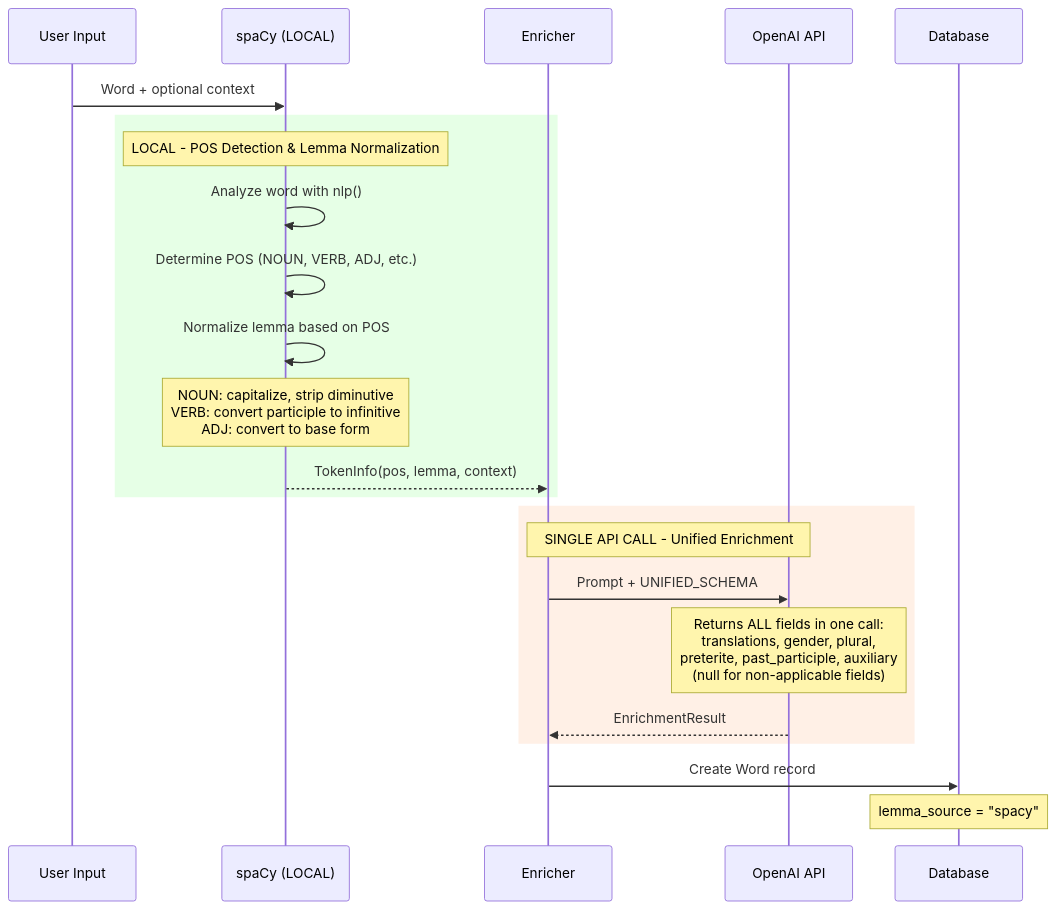
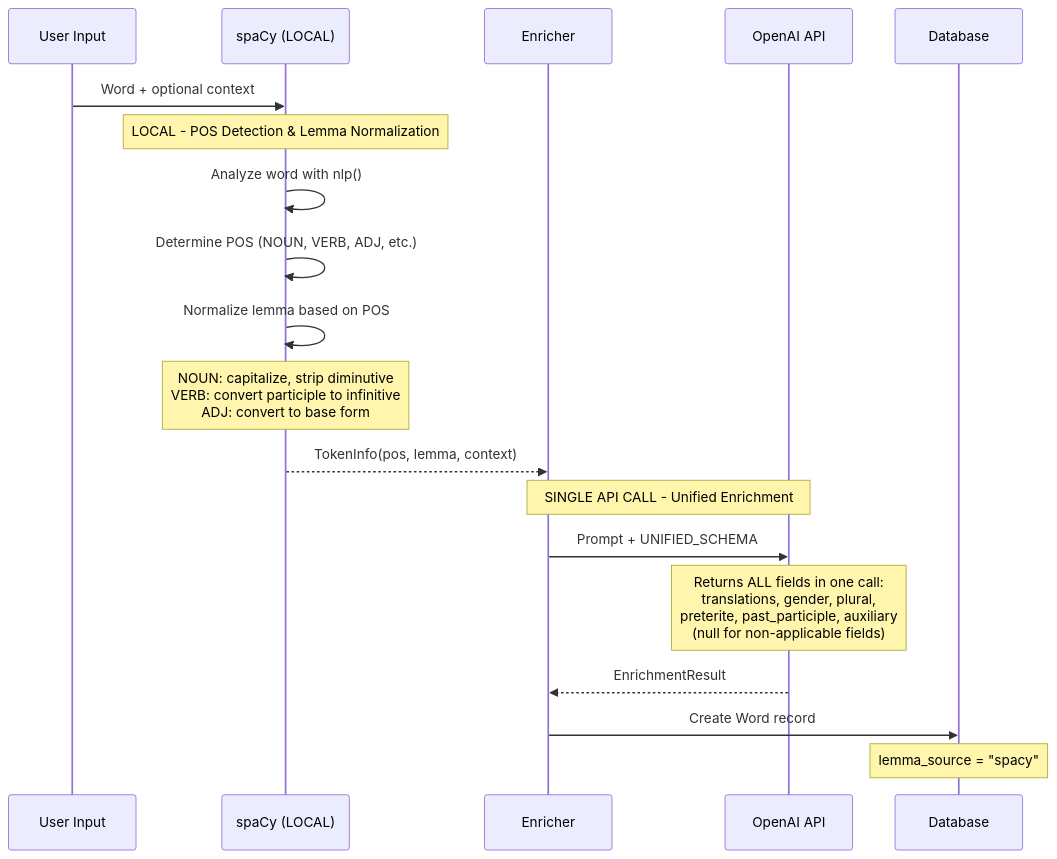
The first of 9 diagrams in docs/llm-pipelines.md (sapientpants/vocabext), drawn with Mermaid before and after one commit. The commit also changed other lines of this file, not shown here.

First line of the commit message:
docs: remove color blocks from Mermaid diagrams

````diff
--- a/docs/llm-pipelines.md
+++ b/docs/llm-pipelines.md
@@ -37,29 +37,25 @@
 ```mermaid
 sequenceDiagram
     participant Input as User Input
     participant spaCy as spaCy (LOCAL)
     participant Enricher
     participant API as OpenAI API
     participant DB as Database
 
     Input->>spaCy: Word + optional context
 
-    rect rgb(230, 255, 230)
-        Note over spaCy: LOCAL - POS Detection & Lemma Normalization
-        spaCy->>spaCy: Analyze word with nlp()
-        spaCy->>spaCy: Determine POS (NOUN, VERB, ADJ, etc.)
-        spaCy->>spaCy: Normalize lemma based on POS
-        Note over spaCy: NOUN: capitalize, strip diminutive<br/>VERB: convert participle to infinitive<br/>ADJ: convert to base form
-        spaCy-->>Enricher: TokenInfo(pos, lemma, context)
-    end
+    Note over spaCy: LOCAL - POS Detection & Lemma Normalization
+    spaCy->>spaCy: Analyze word with nlp()
+    spaCy->>spaCy: Determine POS (NOUN, VERB, ADJ, etc.)
+    spaCy->>spaCy: Normalize lemma based on POS
+    Note over spaCy: NOUN: capitalize, strip diminutive<br/>VERB: convert participle to infinitive<br/>ADJ: convert to base form
+    spaCy-->>Enricher: TokenInfo(pos, lemma, context)
 
-    rect rgb(255, 240, 230)
-        Note over Enricher,API: SINGLE API CALL - Unified Enrichment
-        Enricher->>API: Prompt + UNIFIED_SCHEMA
-        Note over API: Returns ALL fields in one call:<br/>translations, gender, plural,<br/>preterite, past_participle, auxiliary<br/>(null for non-applicable fields)
-        API-->>Enricher: EnrichmentResult
-    end
+    Note over Enricher,API: SINGLE API CALL - Unified Enrichment
+    Enricher->>API: Prompt + UNIFIED_SCHEMA
+    Note over API: Returns ALL fields in one call:<br/>translations, gender, plural,<br/>preterite, past_participle, auxiliary<br/>(null for non-applicable fields)
+    API-->>Enricher: EnrichmentResult
 
     Enricher->>DB: Create Word record
     Note over DB: lemma_source = "spacy"
 ```
````
